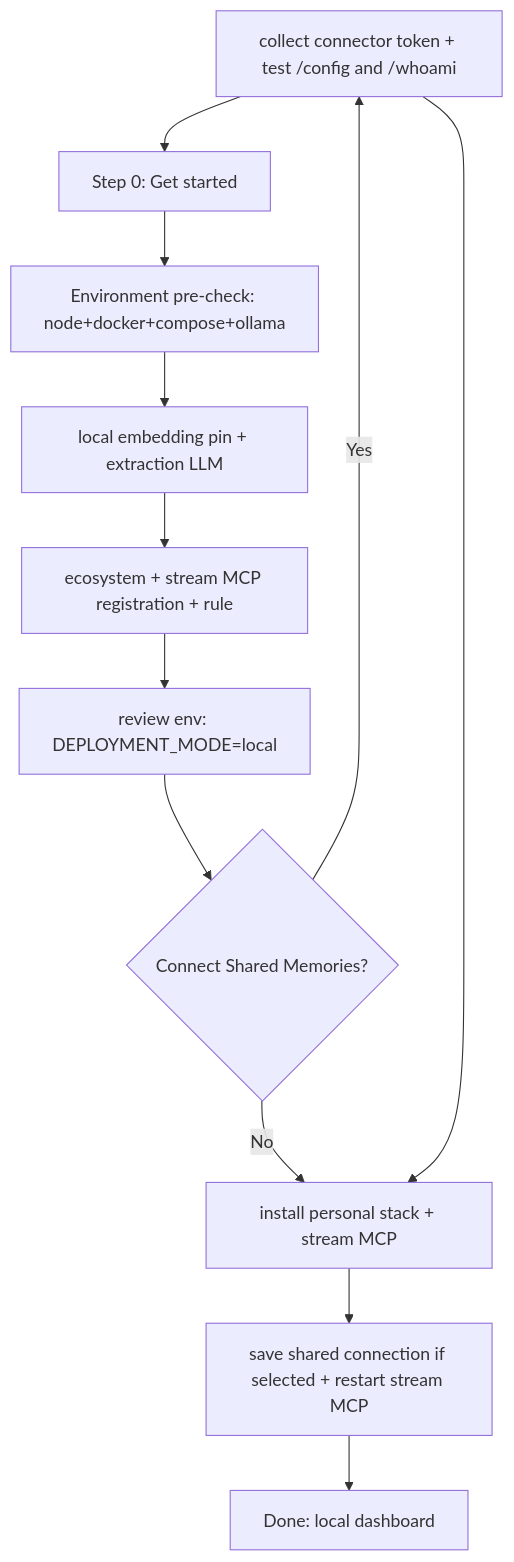
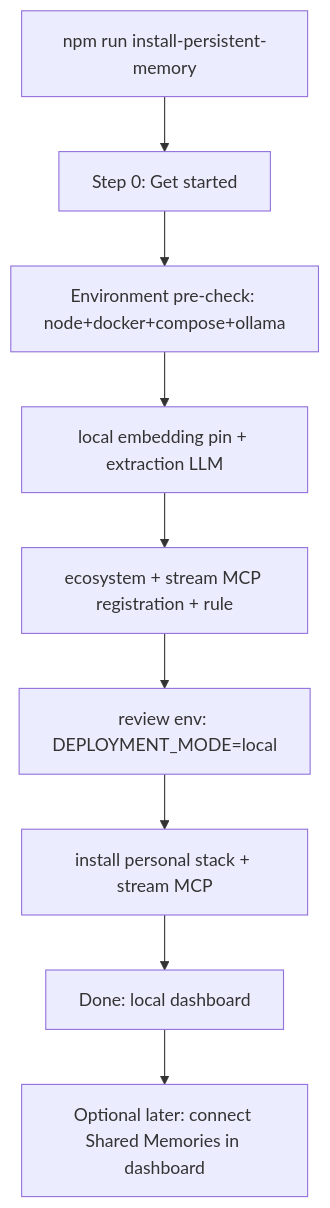
One commit to vshcherbukhin/persistent-memory-stack changed the diagram in documentation/components/onboard.md. Above: the diagram before and after it, drawn with Mermaid. The commit also changed other lines of this file and 85 other files, not shown here.

````diff
--- a/documentation/components/onboard.md
+++ b/documentation/components/onboard.md
@@ -79,14 +82,11 @@
 ```mermaid
 flowchart TD
   S[npm run install-persistent-memory] --> F[Step 0: Get started]
   F --> A[Environment pre-check: node+docker+compose+ollama]
   A --> A1[local embedding pin + extraction LLM]
   A1 --> A2[ecosystem + stream MCP registration + rule]
   A2 --> A3[review env: DEPLOYMENT_MODE=local]
-  A3 --> A4{Connect Shared Memories?}
-  A4 -->|No| A5[install personal stack + stream MCP]
-  A4 -->|Yes| S[collect connector token + test /config and /whoami]
-  S --> A5
-  A5 --> A6[save shared connection if selected + restart stream MCP]
-  A6 --> AD[Done: local dashboard]
+  A3 --> A5[install personal stack + stream MCP]
+  A5 --> AD[Done: local dashboard]
+  AD --> SH[Optional later: connect Shared Memories in dashboard]
 ```
````
